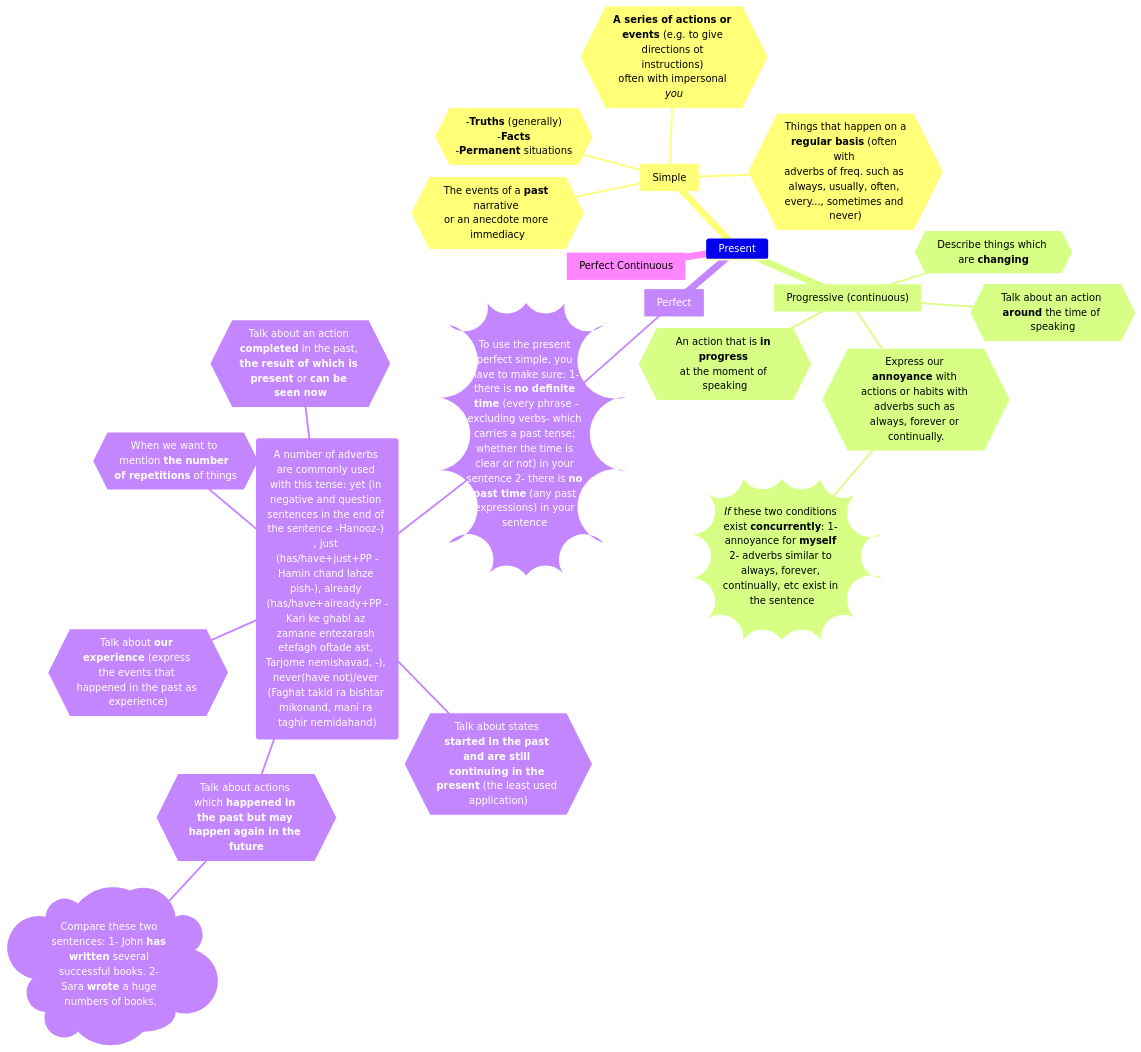
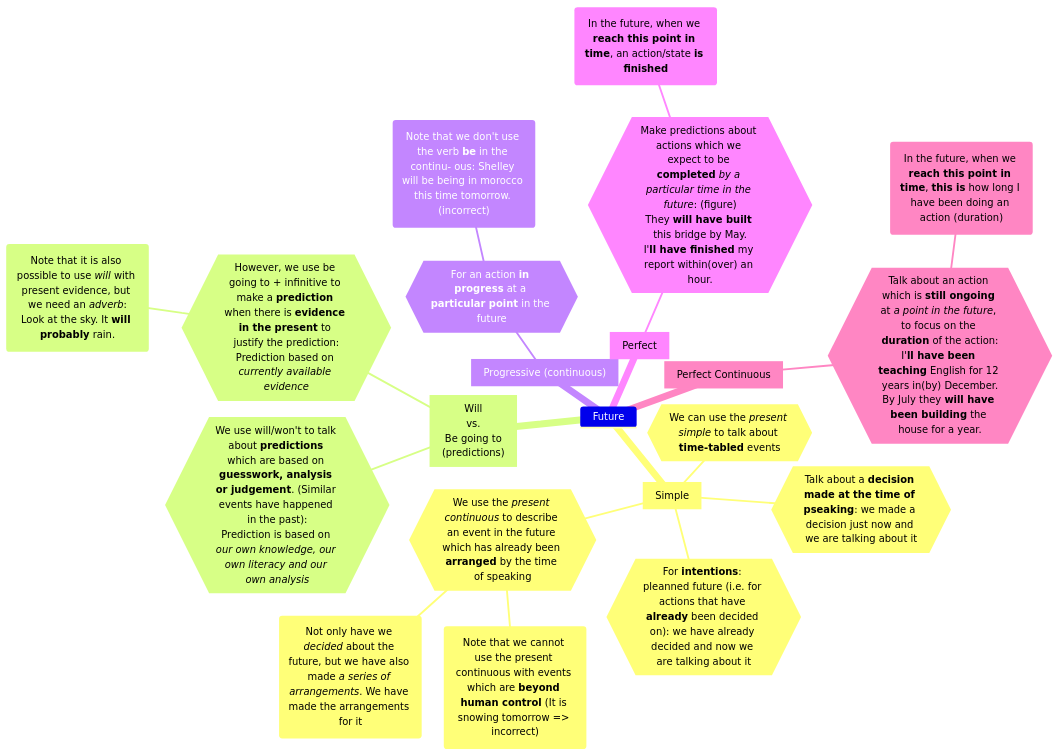
The first of 2 diagrams in data/blog/verb-tenses.mdx (KiarashS/portfolio), drawn with Mermaid before and after one commit. The commit also changed other lines of this file, not shown here.

```diff
--- a/data/blog/verb-tenses.mdx
+++ b/data/blog/verb-tenses.mdx
@@ -10,37 +10,29 @@
 <pre class="mermaid bg-white flex justify-center">
+---
+title: Future Tenses
+config:
+    theme: default
+---
 mindmap
-    Present
+    Future
         Simple[Simple]
-            1{{"`-**Truths** (generally)
-                    -**Facts**
-                    -**Permanent** situations`"}}
-            2{{"`Things that happen on a
-                    **regular basis** (often with 
-                    adverbs of freq. such as 
-                    always, usually, often, 
-                    every..., sometimes and 
-                    never)`"}}
-            3{{"`**A series of actions or 
-                    events** (e.g. to give 
-                    directions ot instructions) 
-                    often with impersonal *you*`"}}
-            4{{"`The events of a **past** narrative 
-                or an anecdote more immediacy`"}}
+            1{{"`Talk about a __decision made at the time of pseaking__: we made a decision just now and we are talking about it`"}}
+            2{{"`For __intentions__: pleanned future (i.e. for actions that have __already__ been decided on): we have already decided and now we are talking about it`"}}
+            3{{"`We use the _present continuous_ to describe an event in the future which has already been __arranged__ by the time of speaking`"}}
+                des1("`Note that we cannot use the present continuous with events which are __beyond human control__ (It is snowing tomorrow => incorrect)`")
+                des2("`Not only have we _decided_ about the future, but we have also made _a series of arrangements_. We have made the arrangements for it`")
+            4{{"`We can use the _present simple_ to talk about __time-tabled__ events`"}}
+        Willgoing["`Will<br/>vs.<br/>Be going to<br/>(predictions)`"]
+            5{{"`We use will/won't to talk about __predictions__ which are based on __guesswork, analysis or judgement__. (Similar events have happened in the past):<br/>Prediction is based on _our own knowledge, our own literacy and our own analysis_`"}}
+            6{{"`However, we use be going to + infinitive to make a __prediction__ when there is __evidence in the present__ to justify the prediction:<br/>Prediction based on _currently available evidence_`"}}
+                des3("`Note that it is also possible to use _will_ with present evidence, but we need an _adverb_:<br/>Look at the sky. It __will probably__ rain.`")
         Progressive["Progressive (continuous)"]
-            5{{"`An action that is **in progress** 
-                at the moment of speaking`"}}
-            6{{"`Describe things which are **changing**`"}}
-            7{{"`Talk about an action **around** the time of speaking`"}}
-            8{{"`Express our **annoyance** with actions or habits with adverbs such as always, forever or continually.`"}}
-                d1))"`*If* these two conditions exist **concurrently**: 1- annoyance for **myself** 2- adverbs similar to always, forever, continually, etc exist in the sentence`"((
+            7{{"`For an action __in progress__ at a __particular point__ in the future`"}}
+                des4("`Note that we don't use the verb __be__ in the continu- ous: Shelley will be being in morocco this time tomorrow. (incorrect)`")
         Perfect[Perfect]
-            9))"`To use the present perfect simple, you have to make sure: 1- there is __no definite time__ (every phrase -excluding verbs- which carries a past tense; whether the time is clear or not) in your sentence 2- there is __no past time__ (any past expressions) in your sentence `"((
-                10("`A number of adverbs are commonly used with this tense: yet (in negative and question sentences in the end of the sentence -Hanooz-) , just (has/have+just+PP -Hamin chand lahze pish-), already (has/have+already+PP -Kari ke ghabl az zamane entezarash etefagh oftade ast, Tarjome nemishavad, -), never(have not)/ever (Faghat takid ra bishtar mikonand, mani ra taghir nemidahand)`")
-                    11{{"`Talk about states __started in the past and are still continuing in the present__ (the least used application)`"}}
-                    12{{"`Talk about actions which __happened in the past but may happen again in the future__`"}}
-                        ex1)"`Compare these two sentences: 1- John __has written__ several successful books. 2- Sara __wrote__ a huge numbers of books.`"(
-                    13{{"`Talk about __our experience__ (express the events that happened in the past as experience)`"}}
-                    14{{"`Talk about an action __completed__ in the past, __the result of which is present__ or __can be seen now__`"}}
-                    15{{"`When we want to mention __the number of repetitions__ of things`"}}
+            8{{"`Make predictions about actions which we expect to be __completed__ _by a particular time in the future_: (figure)<br/>They __will have built__ this bridge by May.<br/>I'__ll have finished__ my report within(over) an hour.`"}}
+                des5("`In the future, when we __reach this point in time__, an action/state __is finished__`")
         PerfectContinuous["Perfect Continuous"]
+            9{{"`Talk about an action which is __still ongoing__ at _a point in the future_, to focus on the __duration__ of the action:<br/>I'__ll have been teaching__ English for 12 years in(by) December.<br/>By July they __will have been building__ the house for a year.`"}}
+                des6("`In the future, when we __reach this point in time__, __this is__ how long I have been doing an action (duration)`")
 </pre>
```
